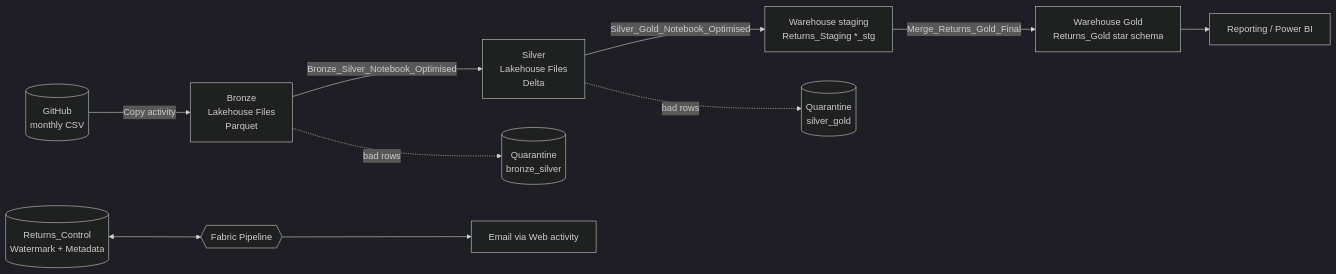
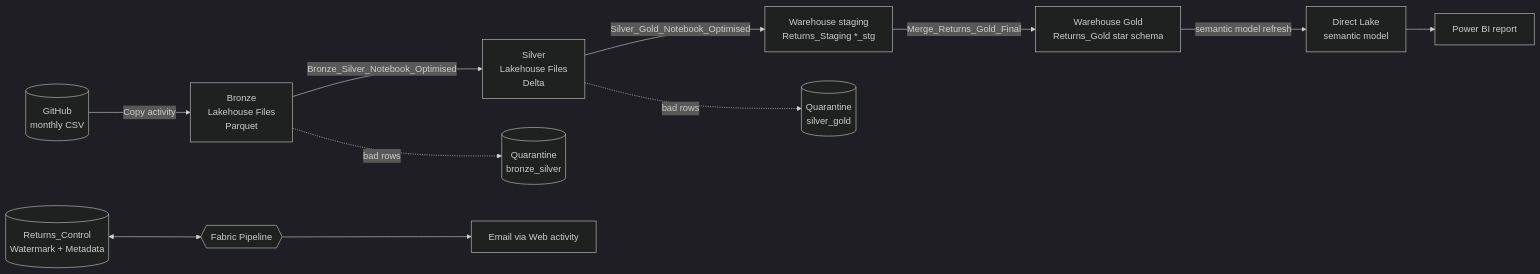
One commit to AdarshDamarla-DataEngineer-Git/Fabric-Ecommerce-Return-Analytics changed the first of 2 diagrams in docs/PIPELINE_ARCHITECTURE.md. Above: the diagram before and after it, drawn with Mermaid (dark theme). The commit also changed other lines of this file and 10 other files, not shown here.

Commit message:
Add semantic model and report docs, Dim_Date script, 2024 schema-check demo files

````diff
--- a/docs/PIPELINE_ARCHITECTURE.md
+++ b/docs/PIPELINE_ARCHITECTURE.md
@@ -17,12 +17,13 @@
 ```mermaid
 flowchart LR
     GH[(GitHub<br/>monthly CSV)] -->|Copy activity| B[Bronze<br/>Lakehouse Files<br/>Parquet]
     B -->|Bronze_Silver_Notebook_Optimised| S[Silver<br/>Lakehouse Files<br/>Delta]
     B -.bad rows.-> Q1[(Quarantine<br/>bronze_silver)]
     S -->|Silver_Gold_Notebook_Optimised| ST[Warehouse staging<br/>Returns_Staging *_stg]
     S -.bad rows.-> Q2[(Quarantine<br/>silver_gold)]
     ST -->|Merge_Returns_Gold_Final| G[Warehouse Gold<br/>Returns_Gold star schema]
-    G --> BI[Reporting / Power BI]
+    G -->|semantic model refresh| SM[Direct Lake<br/>semantic model]
+    SM --> BI[Power BI report]
     C[(Returns_Control<br/>Watermark + Metadata)] <--> P{{Fabric Pipeline}}
     P --> M[Email via Web activity]
 ```
````
